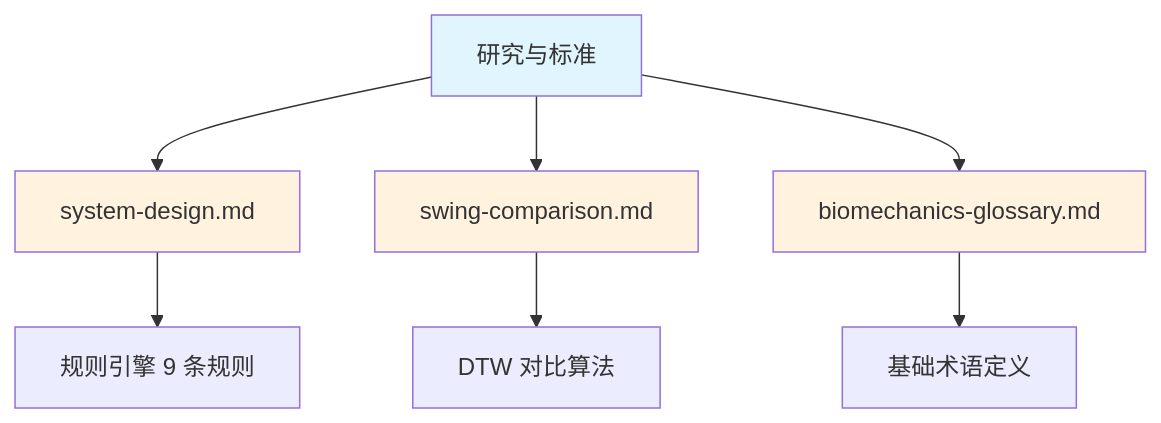
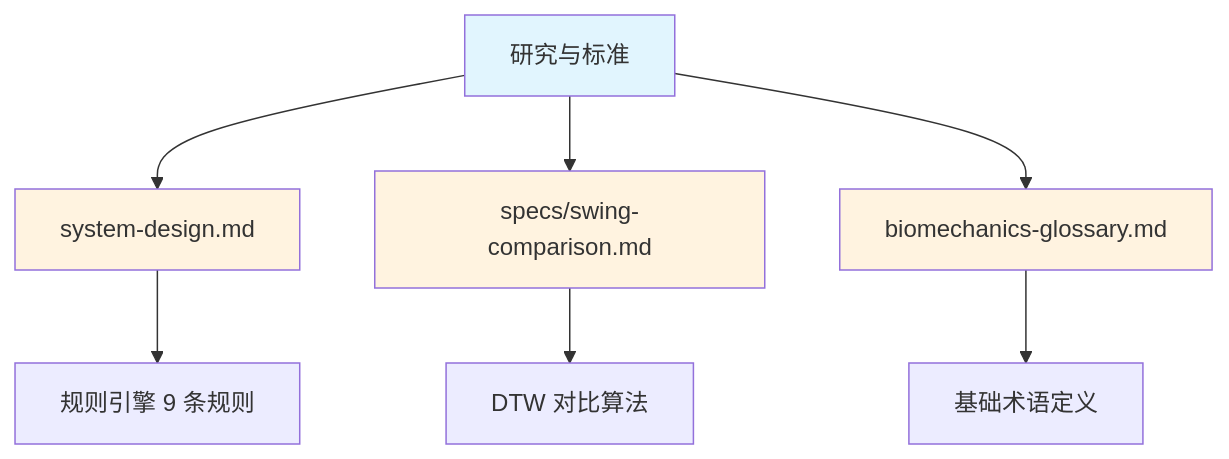
One commit to movement-chain-ai/movement-chain-docs changed the diagram in docs/zh/design/research/index.md. Above: the diagram before and after it, drawn with Mermaid. The commit also changed other lines of this file and 24 other files, not shown here.

````diff
--- a/docs/zh/design/research/index.md
+++ b/docs/zh/design/research/index.md
@@ -78,15 +78,15 @@
 ```mermaid
 graph TD
     A[研究与标准] --> B[system-design.md]
-    A --> C[swing-comparison.md]
+    A --> C[specs/swing-comparison.md]
     A --> D[biomechanics-glossary.md]
 
     B --> E[规则引擎 9 条规则]
     C --> F[DTW 对比算法]
     D --> G[基础术语定义]
 
     style A fill:#e1f5fe
     style B fill:#fff3e0
     style C fill:#fff3e0
     style D fill:#fff3e0
 ```
````
